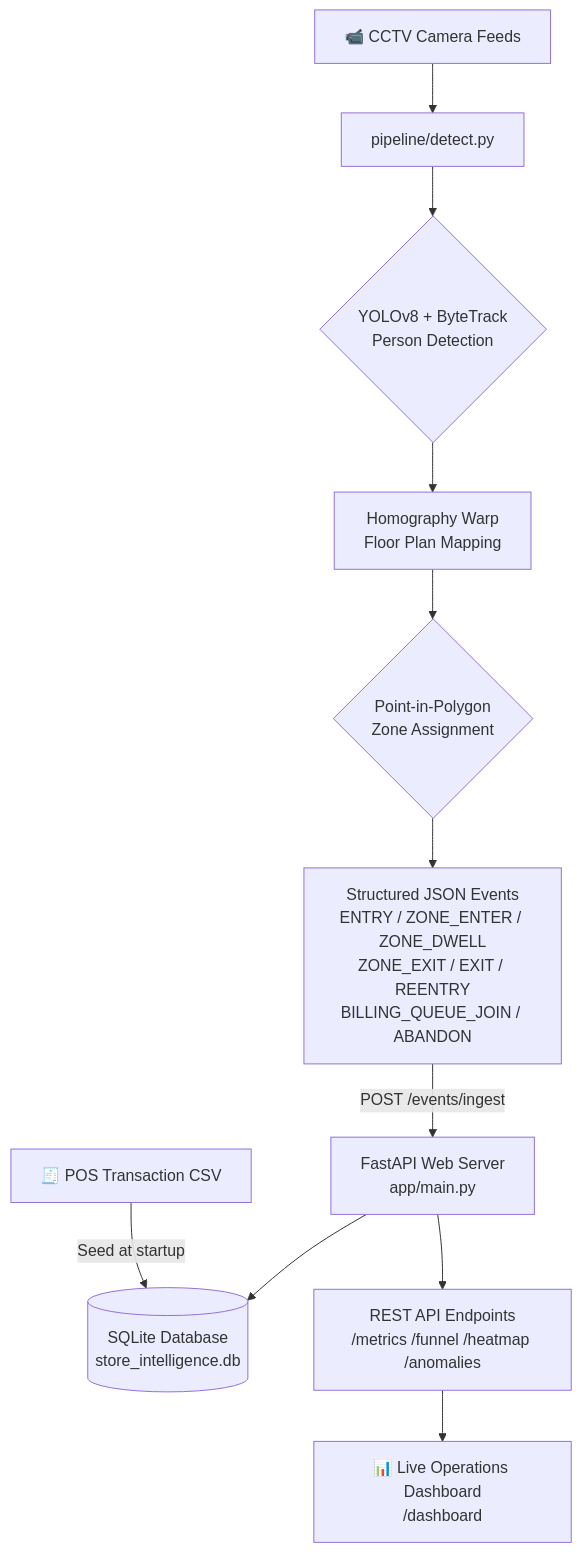
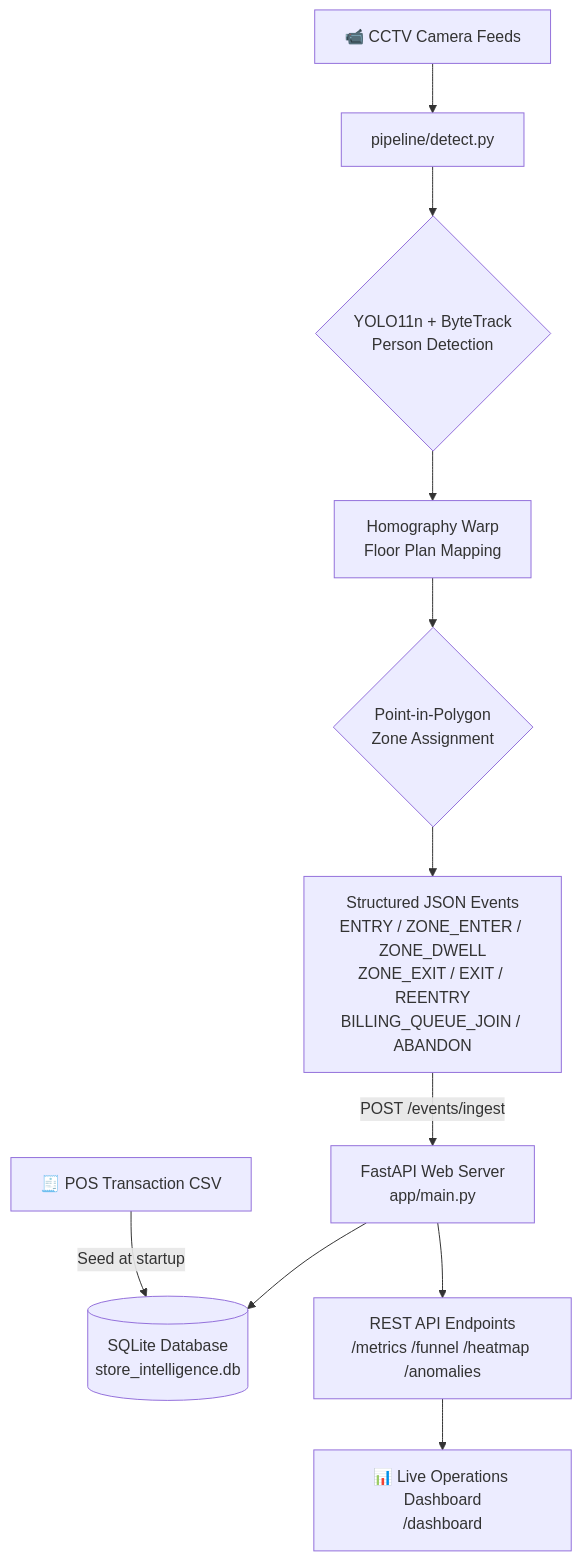
One commit to Keshabkjha/purplle-retail-intelligence changed the first of 3 diagrams in README.md. Above: the diagram before and after it, drawn with Mermaid. The commit also changed other lines of this file and 3 other files, not shown here.

First line of the commit message:
feat: upgrade detection model from YOLOv8n to YOLO11n

````diff
--- a/README.md
+++ b/README.md
@@ -57,13 +57,13 @@
 ```mermaid
 graph TD
     A[📹 CCTV Camera Feeds] --> B[pipeline/detect.py]
-    B --> C{YOLOv8 + ByteTrack\nPerson Detection}
+    B --> C{YOLO11n + ByteTrack\nPerson Detection}
     C --> D[Homography Warp\nFloor Plan Mapping]
     D --> E{Point-in-Polygon\nZone Assignment}
     E --> F[Structured JSON Events\nENTRY / ZONE_ENTER / ZONE_DWELL\nZONE_EXIT / EXIT / REENTRY\nBILLING_QUEUE_JOIN / ABANDON]
     F -->|POST /events/ingest| G[FastAPI Web Server\napp/main.py]
     G --> H[(SQLite Database\nstore_intelligence.db)]
     G --> I[REST API Endpoints\n/metrics /funnel /heatmap /anomalies]
     I --> J[📊 Live Operations Dashboard\n/dashboard]
     K[🧾 POS Transaction CSV] -->|Seed at startup| H
 ```
````
